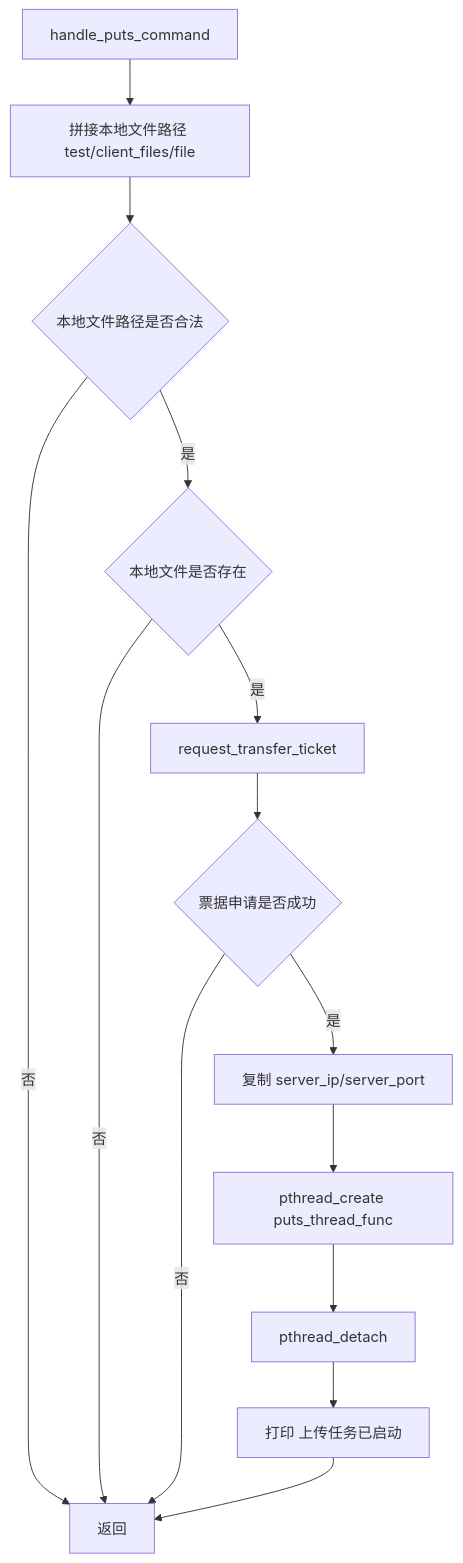
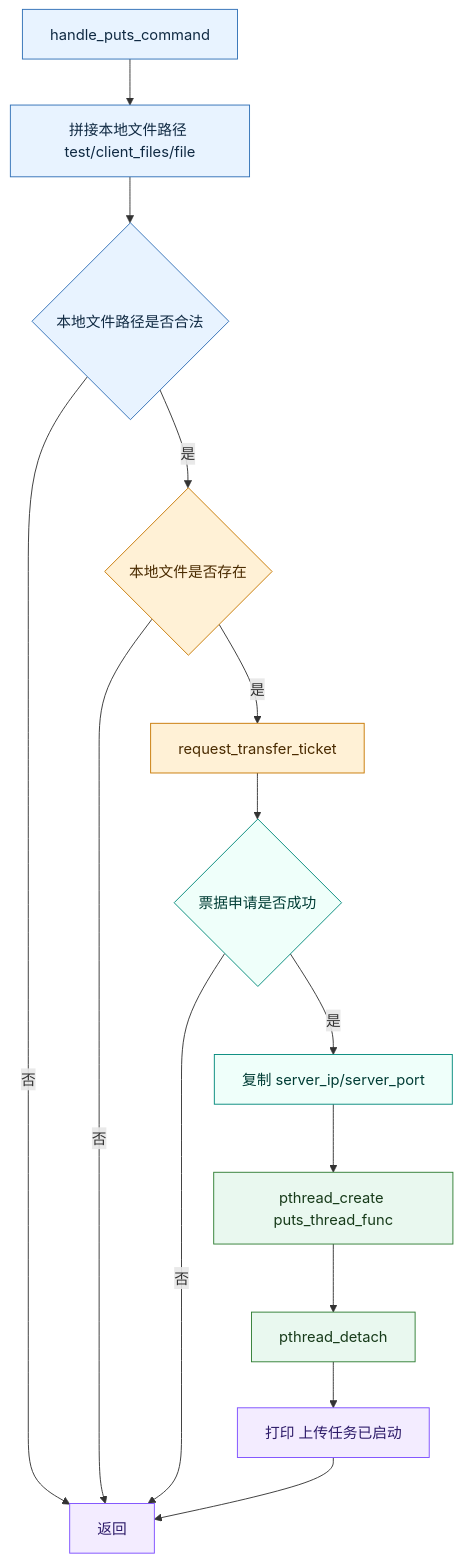
Diagram 11 of 20 in docs/V5全流程活动图详解.md (panlong-studio/WindCloud_V4), drawn with Mermaid before and after one commit. The commit also changed other lines of this file and 5 other files, not shown here.

````diff
--- a/docs/V5全流程活动图详解.md
+++ b/docs/V5全流程活动图详解.md
@@ -615,22 +745,34 @@
 ```mermaid
 flowchart TD
     P0[handle_puts_command]
     P1[拼接本地文件路径 test/client_files/file]
     P2{本地文件路径是否合法}
     P3{本地文件是否存在}
     P4[request_transfer_ticket]
     P5{票据申请是否成功}
     P6[复制 server_ip/server_port]
     P7[pthread_create puts_thread_func]
     P8[pthread_detach]
     P9[打印 上传任务已启动]
     P10[返回]
 
     P0 --> P1 --> P2
     P2 -- 否 --> P10
     P2 -- 是 --> P3
     P3 -- 否 --> P10
     P3 -- 是 --> P4 --> P5
     P5 -- 否 --> P10
     P5 -- 是 --> P6 --> P7 --> P8 --> P9 --> P10
+    classDef phase1 fill:#E8F3FF,stroke:#2F6FB6,color:#102A43
+    classDef phase2 fill:#FFF1D6,stroke:#C77700,color:#4A2B00
+    classDef phase3 fill:#EFFFFA,stroke:#00897B,color:#003D35
+    classDef phase4 fill:#E9F8EF,stroke:#2E7D32,color:#173B1A
+    classDef phase5 fill:#F3ECFF,stroke:#7C4DFF,color:#2D1B69
+    classDef fail fill:#FFECEC,stroke:#C62828,color:#4A0D0D
+
+    class P0,P1,P2 phase1
+    class P3,P4 phase2
+    class P5,P6 phase3
+    class P7,P8 phase4
+    class P9,P10 phase5
 ```
````
